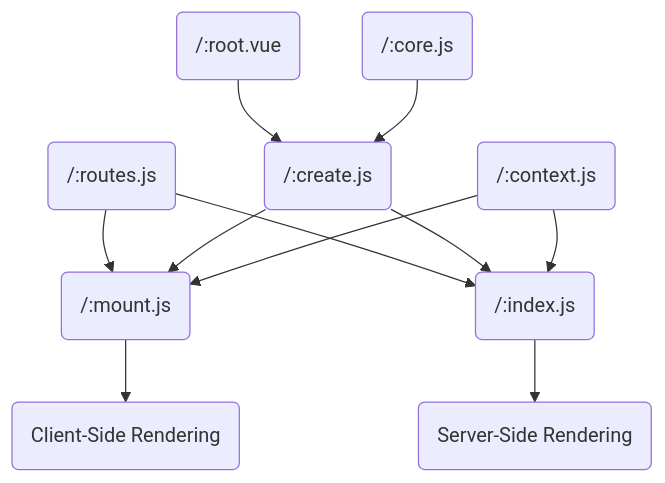
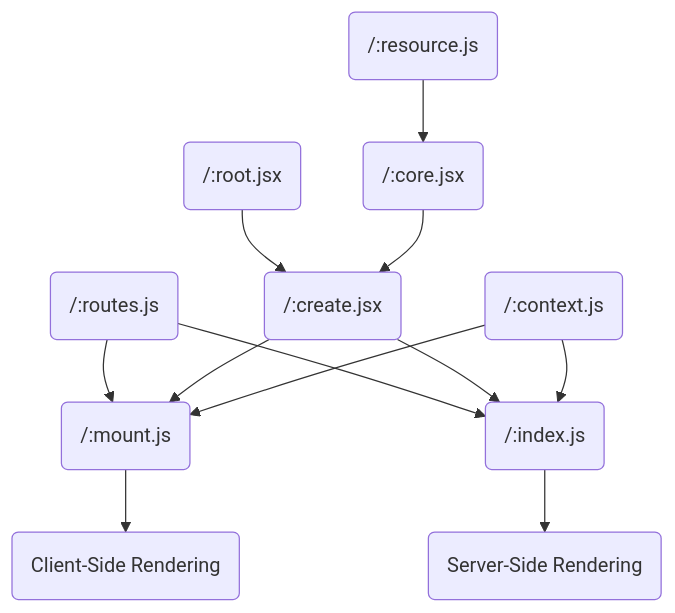
Before and after one commit to fastify/fastify-vite: the diagram in docs/react/project-structure.md, drawn with Mermaid. The commit also changed other lines of this file and 9 other files, not shown here.

````diff
--- a/docs/react/project-structure.md
+++ b/docs/react/project-structure.md
@@ -379,13 +364,14 @@
 ```mermaid
 flowchart TD
-    V("/:root.vue") --> B
-    A("/:core.js") --> B("/:create.js")
+    R("/:resource.js") --> A
+    V("/:root.jsx") --> B
+    A("/:core.jsx") --> B("/:create.jsx")
     C("/:routes.js") --> D
     C --> E
     B --> D("/:mount.js")
     B --> E("/:index.js")
     T("/:context.js") --> D
     T("/:context.js") --> E
     D --> CSR("Client-Side Rendering")
     E --> SSR("Server-Side Rendering")
 ```
````
